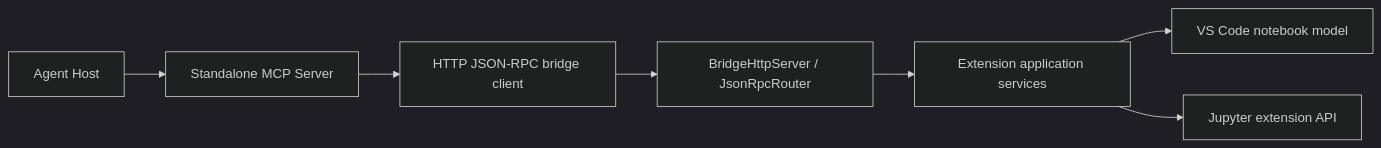
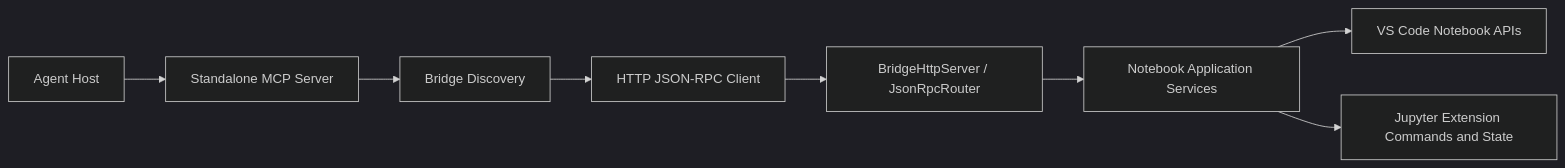
One commit to alendit/jupyter-agent-bridge changed the diagram in docs/ARCHITECTURE.md. Above: the diagram before and after it, drawn with Mermaid (dark theme). The commit also changed other lines of this file and 27 other files, not shown here.

````diff
--- a/docs/ARCHITECTURE.md
+++ b/docs/ARCHITECTURE.md
@@ -154,9 +96,10 @@
 ```mermaid
 flowchart LR
   Agent["Agent Host"] --> MCP["Standalone MCP Server"]
-  MCP --> Client["HTTP JSON-RPC bridge client"]
+  MCP --> Discovery["Bridge Discovery"]
+  Discovery --> Client["HTTP JSON-RPC Client"]
   Client --> Bridge["BridgeHttpServer / JsonRpcRouter"]
-  Bridge --> App["Extension application services"]
-  App --> VSCode["VS Code notebook model"]
-  App --> Jupyter["Jupyter extension API"]
+  Bridge --> App["Notebook Application Services"]
+  App --> VSCode["VS Code Notebook APIs"]
+  App --> Jupyter["Jupyter Extension Commands and State"]
 ```
````
